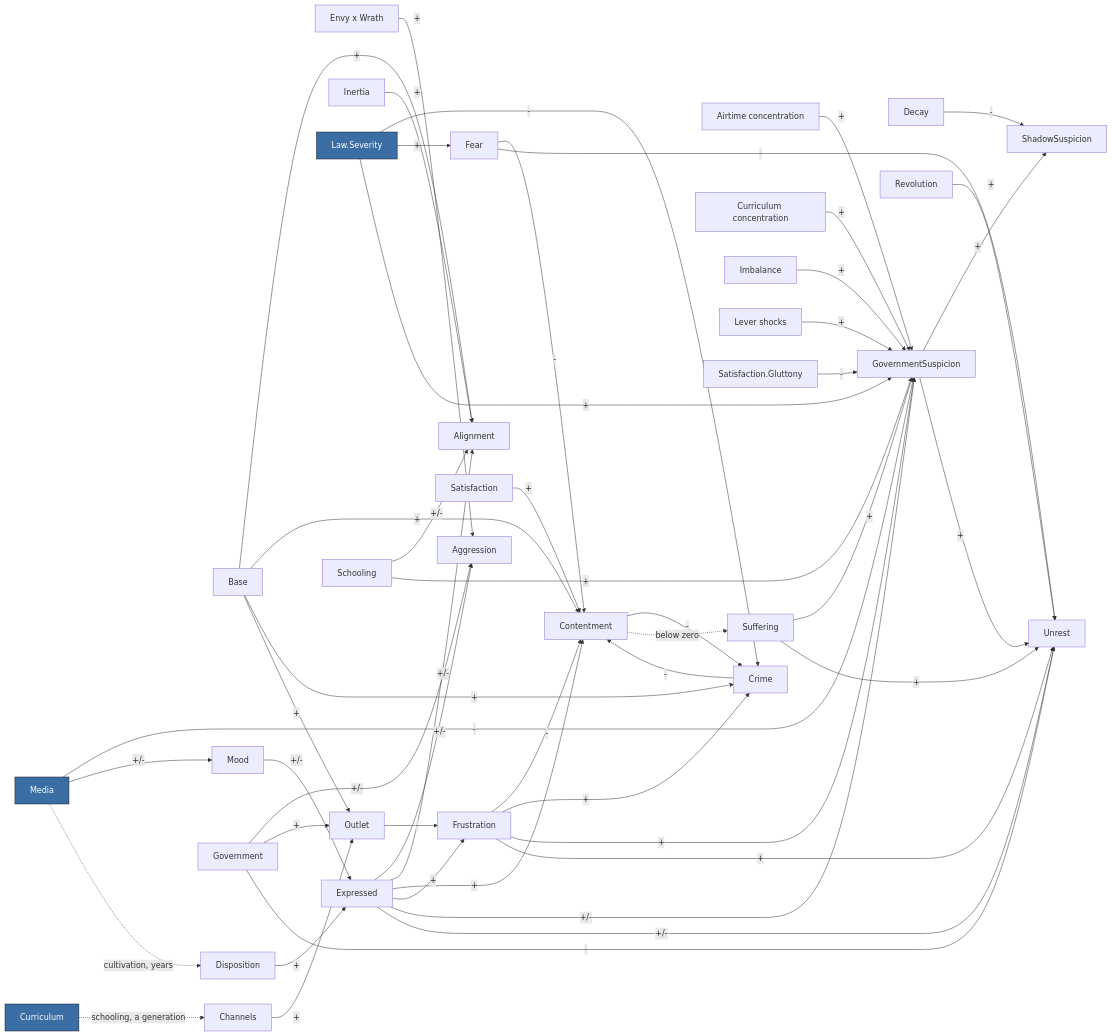
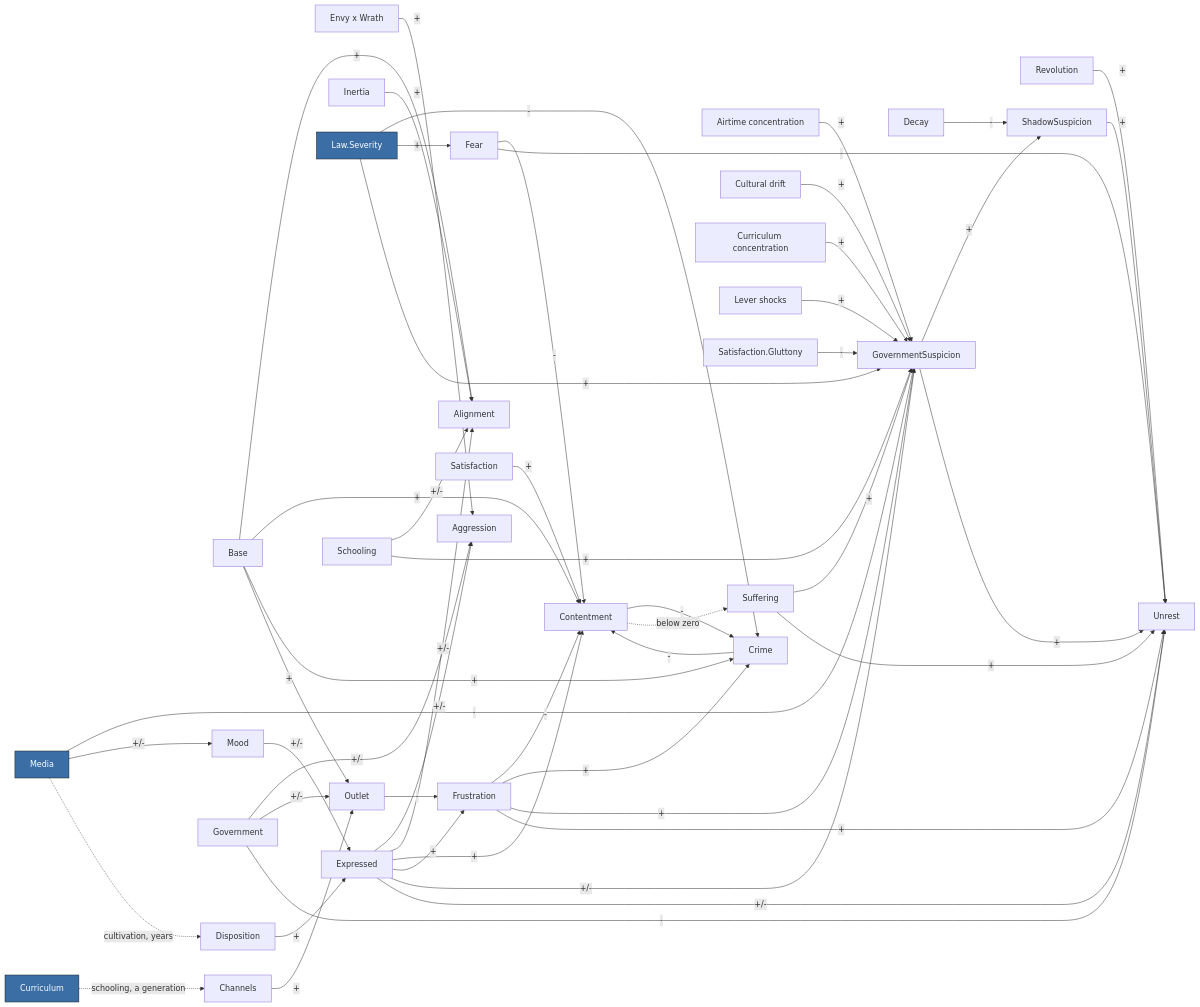
The diagram in Docs/generated/SOCIETY_GRAPH.md (norm-sesinteractive/Statecraft-Simulator), drawn with Mermaid before and after one commit. The commit also changed other lines of this file and 23 other files, not shown here.

```diff
--- a/Docs/generated/SOCIETY_GRAPH.md
+++ b/Docs/generated/SOCIETY_GRAPH.md
@@ -18,6 +18,7 @@
   n_Channels["Channels"]
   n_Contentment["Contentment"]
   n_Crime["Crime"]
+  n_Cultural_drift["Cultural drift"]
   n_Curriculum["Curriculum"]
   n_Curriculum_concentration["Curriculum concentration"]
   n_Decay["Decay"]
@@ -28,7 +29,6 @@
   n_Frustration["Frustration"]
   n_Government["Government"]
   n_GovernmentSuspicion["GovernmentSuspicion"]
-  n_Imbalance["Imbalance"]
   n_Inertia["Inertia"]
   n_Law_Severity["Law.Severity"]
   n_Lever_shocks["Lever shocks"]
@@ -50,6 +50,7 @@
   n_Channels -->|+| n_Outlet
   n_Contentment -->|-| n_Crime
   n_Crime -->|-| n_Contentment
+  n_Cultural_drift -->|+| n_GovernmentSuspicion
   n_Curriculum_concentration -->|+| n_GovernmentSuspicion
   n_Decay -->|-| n_ShadowSuspicion
   n_Disposition -->|+| n_Expressed
@@ -67,11 +68,10 @@
   n_Frustration -->|+| n_GovernmentSuspicion
   n_Frustration -->|+| n_Unrest
   n_Government -->|+/-| n_Aggression
-  n_Government -->|+| n_Outlet
+  n_Government -->|+/-| n_Outlet
   n_Government -->|-| n_Unrest
   n_GovernmentSuspicion -->|+| n_ShadowSuspicion
   n_GovernmentSuspicion -->|+| n_Unrest
-  n_Imbalance -->|+| n_GovernmentSuspicion
   n_Inertia -->|+| n_Alignment
   n_Law_Severity -->|-| n_Crime
   n_Law_Severity -->|+| n_Fear
@@ -86,6 +86,7 @@
   n_Satisfaction_Gluttony -->|-| n_GovernmentSuspicion
   n_Schooling -->|+/-| n_Alignment
   n_Schooling -->|+| n_GovernmentSuspicion
+  n_ShadowSuspicion -->|+| n_Unrest
   n_Suffering -->|+| n_GovernmentSuspicion
   n_Suffering -->|+| n_Unrest
   n_Media -.->|cultivation, years| n_Disposition
```
